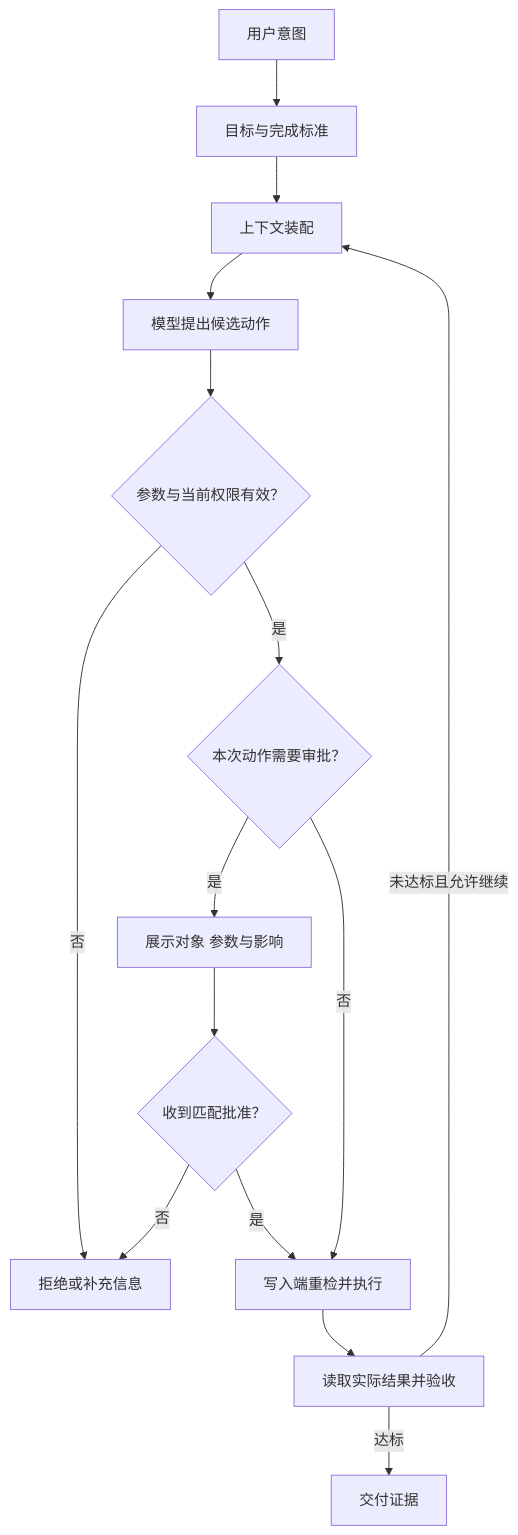
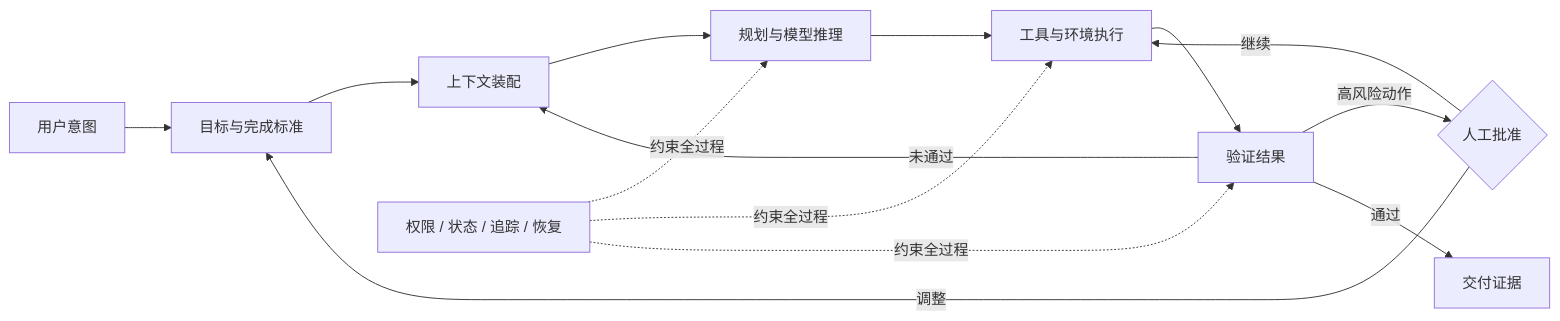
One commit to MarkingYang/aidea-lab changed the first of 2 diagrams in src/content/writing/product-work-methodology.md. Above: the diagram before and after it, drawn with Mermaid. The commit also changed other lines of this file and 116 other files, not shown here.

````diff
--- a/src/content/writing/product-work-methodology.md
+++ b/src/content/writing/product-work-methodology.md
@@ -26,17 +30,17 @@
 ```mermaid
-flowchart TD
+flowchart LR
   A[用户意图] --> B[目标与完成标准]
   B --> C[上下文装配]
-  C --> D[模型提出候选动作]
-  D --> P{参数与当前权限有效？}
-  P -->|否| X[拒绝或补充信息]
-  P -->|是| G{本次动作需要审批？}
-  G -->|是| W[展示对象 参数与影响]
-  W --> H{收到匹配批准？}
-  H -->|否| X
-  H -->|是| E[写入端重检并执行]
-  G -->|否| E
-  E --> F[读取实际结果并验收]
-  F -->|未达标且允许继续| C
-  F -->|达标| V[交付证据]
+  C --> D[规划与模型推理]
+  D --> E[工具与环境执行]
+  E --> F[验证结果]
+  F -->|未通过| C
+  F -->|高风险动作| G{人工批准}
+  G -->|继续| E
+  G -->|调整| B
+  F -->|通过| H[交付证据]
+
+  S[权限 / 状态 / 追踪 / 恢复] -.约束全过程.-> D
+  S -.约束全过程.-> E
+  S -.约束全过程.-> F
 ```
````
